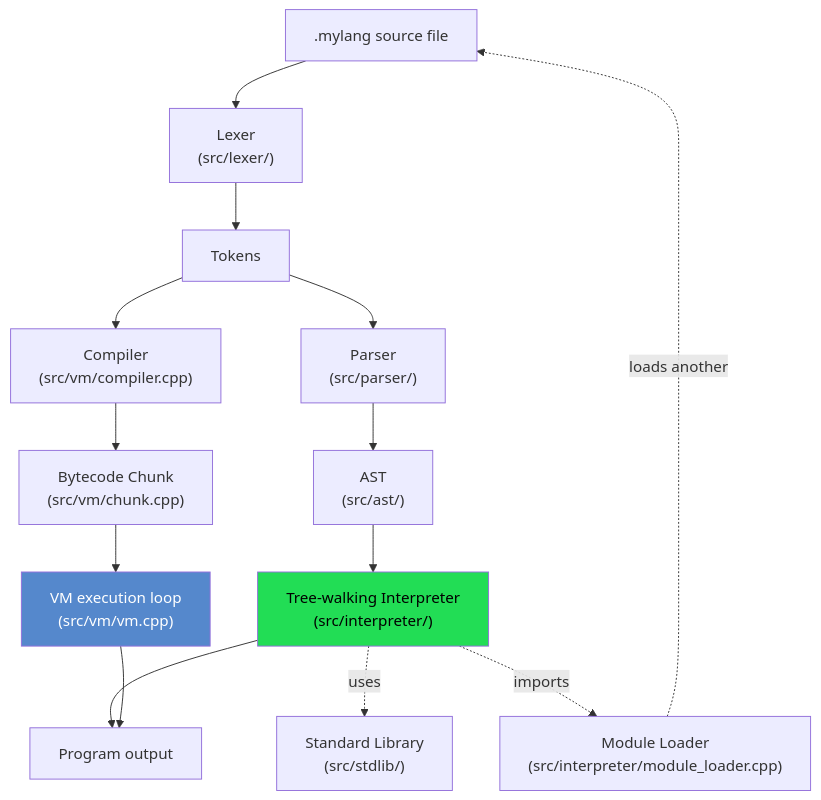
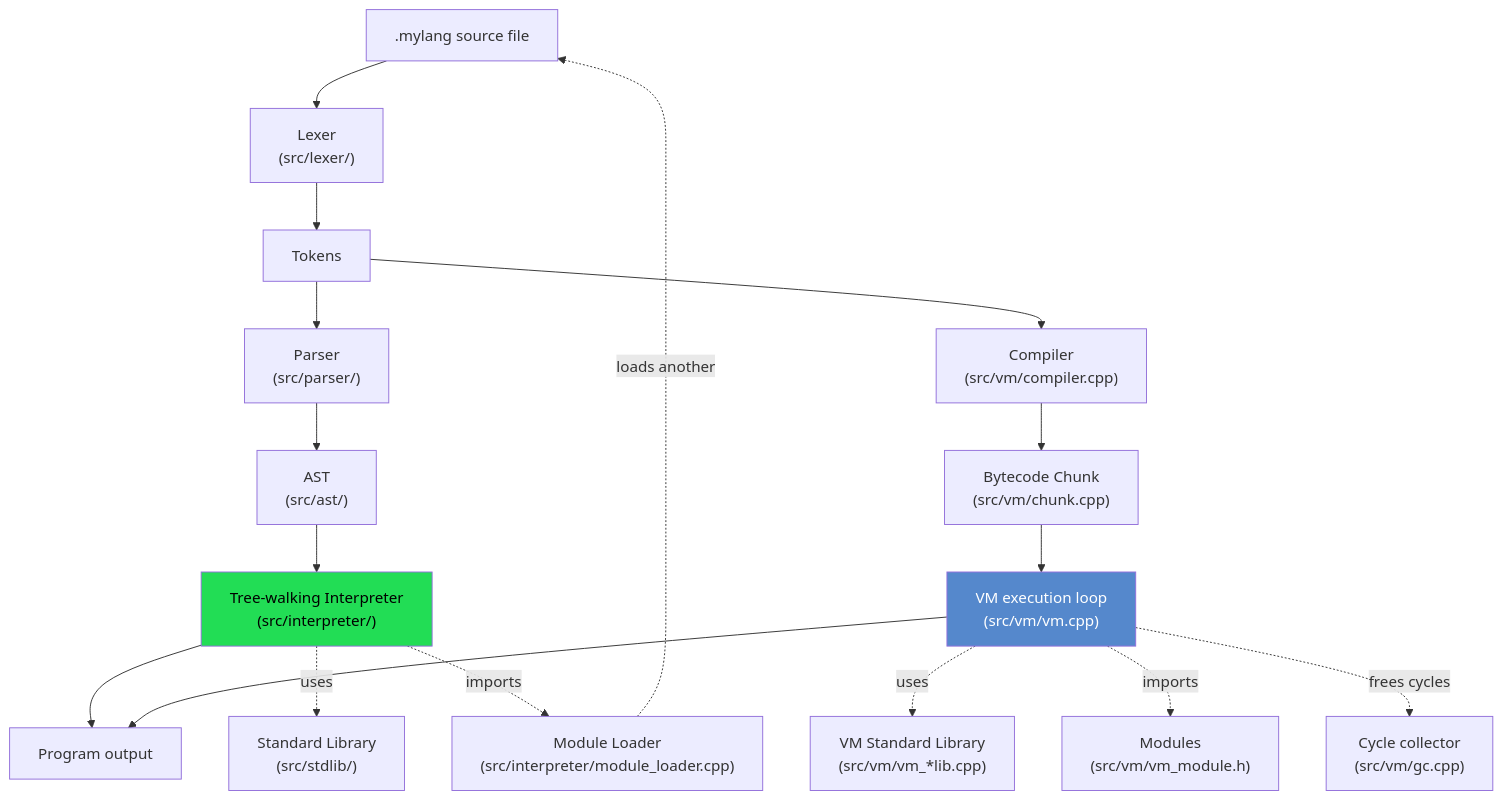
One commit to Knox1837/Language changed the diagram in readme.md. Above: the diagram before and after it, drawn with Mermaid. The commit also changed other lines of this file and 2 other files, not shown here.

````diff
--- a/readme.md
+++ b/readme.md
@@ -9,21 +9,24 @@
 ```mermaid
 flowchart TD
     A[".mylang source file"] --> B["Lexer<br/>(src/lexer/)"]
     B --> C["Tokens"]
 
     C --> D["Parser<br/>(src/parser/)"]
     D --> E["AST<br/>(src/ast/)"]
     E --> F["Tree-walking Interpreter<br/>(src/interpreter/)"]
     F --> G["Program output"]
     F -.uses.-> H["Standard Library<br/>(src/stdlib/)"]
     F -.imports.-> I["Module Loader<br/>(src/interpreter/module_loader.cpp)"]
     I -.loads another.-> A
 
     C --> J["Compiler<br/>(src/vm/compiler.cpp)"]
     J --> K["Bytecode Chunk<br/>(src/vm/chunk.cpp)"]
     K --> L["VM execution loop<br/>(src/vm/vm.cpp)"]
     L --> G
+    L -.uses.-> N["VM Standard Library<br/>(src/vm/vm_*lib.cpp)"]
+    L -.imports.-> O["Modules<br/>(src/vm/vm_module.h)"]
+    L -.frees cycles.-> P["Cycle collector<br/>(src/vm/gc.cpp)"]
 
     style F fill:#2d5,color:#000
     style L fill:#58c,color:#fff
 ```
````
